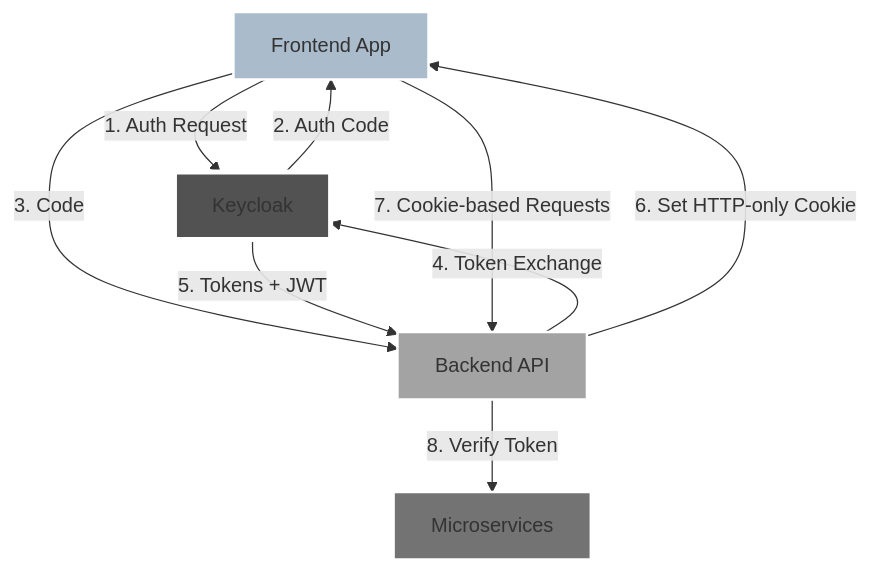
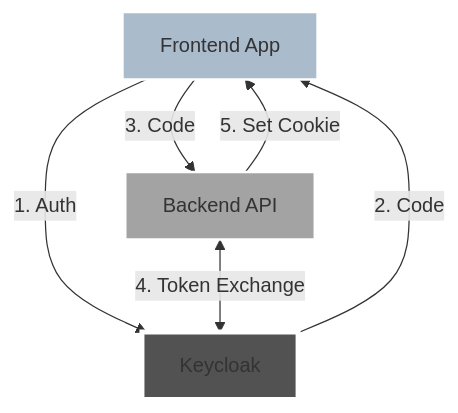
One commit to Iteam1337/poc-sso changed the second of 3 diagrams in blog-post.md. Above: the diagram before and after it, drawn with Mermaid. The commit also changed other lines of this file, not shown here.

Commit message:
refactor: Simplify Mermaid charts for improved readability

````diff
--- a/blog-post.md
+++ b/blog-post.md
@@ -48,16 +44,12 @@
 ```mermaid
 graph TD
-    A[Frontend App] -->|1. Auth Request| K[Keycloak]
-    K -->|2. Auth Code| A
+    A[Frontend App] -->|1. Auth| K[Keycloak]
+    K -->|2. Code| A
     A -->|3. Code| B[Backend API]
-    B -->|4. Token Exchange| K
-    K -->|5. Tokens + JWT| B
-    B -->|6. Set HTTP-only Cookie| A
-    A -->|7. Cookie-based Requests| B
-    B -->|8. Verify Token| C[Microservices]
+    B <-->|4. Token Exchange| K
+    B -->|5. Set Cookie| A
 
     style A fill:#aabbcc,stroke:#ffffff,stroke-width:2px
     style B fill:#a3a3a3,stroke:#ffffff,stroke-width:2px
     style K fill:#525252,stroke:#ffffff,stroke-width:4px
-    style C fill:#737373,stroke:#ffffff,stroke-width:2px
 ```
````
